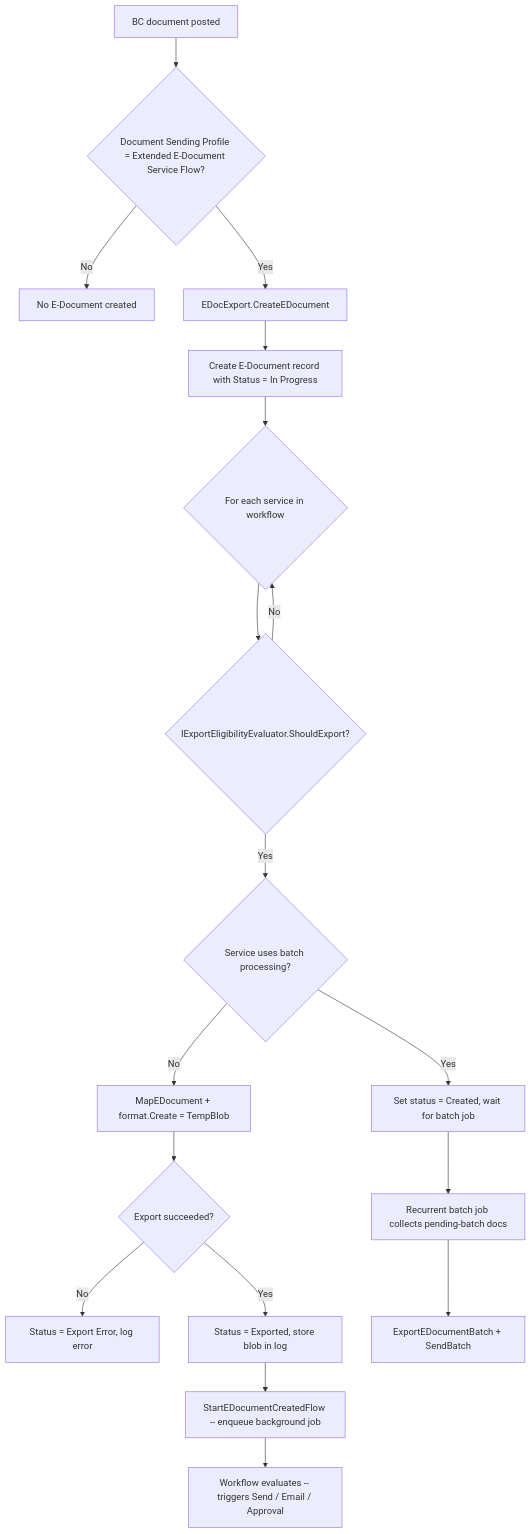
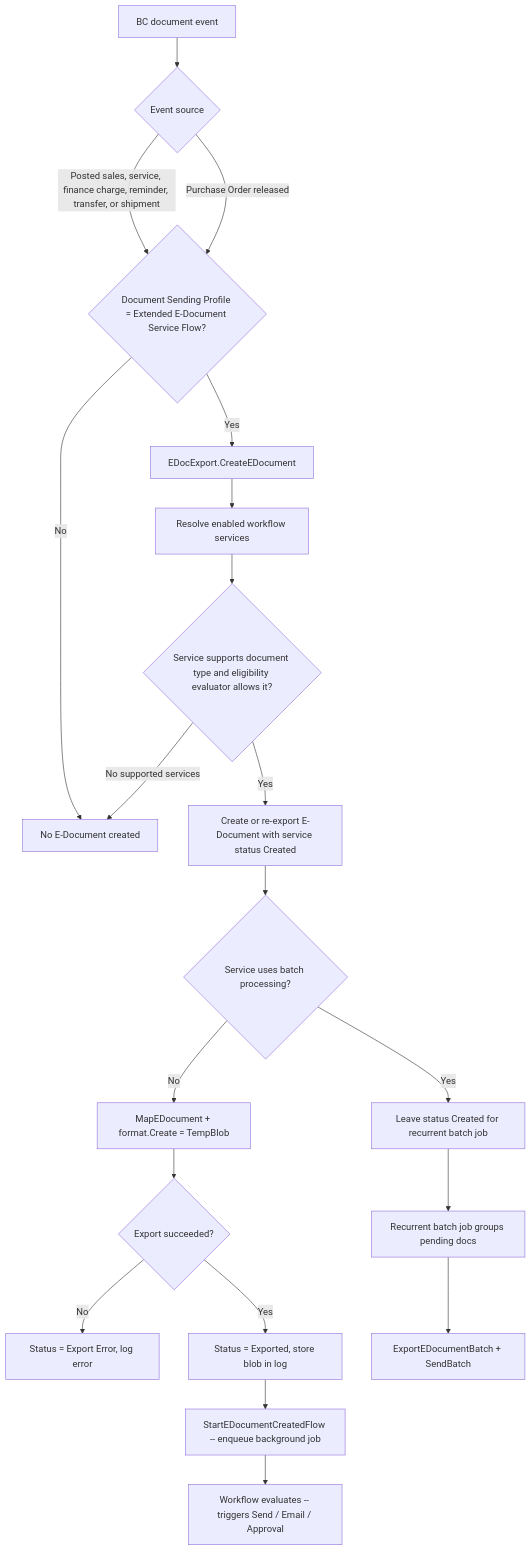
One commit to StefanMaron/MSDyn365BC.Sandbox.Code.History changed the first of 2 diagrams in E-Document Core/src/Processing/docs/business-logic.md. Above: the diagram before and after it, drawn with Mermaid. The commit also changed other lines of this file and 407 other files, not shown here.

````diff
--- a/E-Document Core/src/Processing/docs/business-logic.md
+++ b/E-Document Core/src/Processing/docs/business-logic.md
@@ -11,20 +17,22 @@
 ```mermaid
 flowchart TD
-    A[BC document posted] --> B{Document Sending Profile = Extended E-Document Service Flow?}
-    B -- No --> Z[No E-Document created]
-    B -- Yes --> C[EDocExport.CreateEDocument]
-    C --> D[Create E-Document record with Status = In Progress]
-    D --> E{For each service in workflow}
-    E --> F{IExportEligibilityEvaluator.ShouldExport?}
-    F -- No --> E
-    F -- Yes --> G{Service uses batch processing?}
-    G -- Yes --> H[Set status = Created, wait for batch job]
-    G -- No --> I[MapEDocument + format.Create = TempBlob]
-    I --> J{Export succeeded?}
-    J -- No --> K[Status = Export Error, log error]
-    J -- Yes --> L[Status = Exported, store blob in log]
-    L --> M[StartEDocumentCreatedFlow -- enqueue background job]
-    M --> N[Workflow evaluates -- triggers Send / Email / Approval]
-    H --> O[Recurrent batch job collects pending-batch docs]
-    O --> P[ExportEDocumentBatch + SendBatch]
+    A[BC document event] --> B{Event source}
+    B -- Posted sales, service, finance charge, reminder, transfer, or shipment --> C{Document Sending Profile = Extended E-Document Service Flow?}
+    B -- Purchase Order released --> C
+    C -- No --> Z[No E-Document created]
+    C -- Yes --> D[EDocExport.CreateEDocument]
+    D --> E[Resolve enabled workflow services]
+    E --> F{Service supports document type and eligibility evaluator allows it?}
+    F -- No supported services --> Z
+    F -- Yes --> G[Create or re-export E-Document with service status Created]
+    G --> H{Service uses batch processing?}
+    H -- Yes --> I[Leave status Created for recurrent batch job]
+    H -- No --> J[MapEDocument + format.Create = TempBlob]
+    J --> K{Export succeeded?}
+    K -- No --> L[Status = Export Error, log error]
+    K -- Yes --> M[Status = Exported, store blob in log]
+    M --> N[StartEDocumentCreatedFlow -- enqueue background job]
+    N --> O[Workflow evaluates -- triggers Send / Email / Approval]
+    I --> P[Recurrent batch job groups pending docs]
+    P --> Q[ExportEDocumentBatch + SendBatch]
 ```
````
